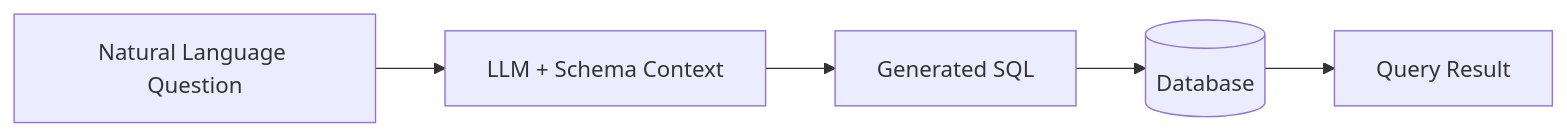
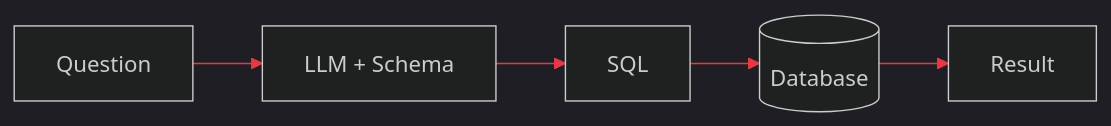
Before and after one commit to ruthcaroliine/ruthcaroliine: the second of 4 diagrams in README.md, drawn with Mermaid. The commit also changed other lines of this file, not shown here.

````diff
--- a/README.md
+++ b/README.md
@@ -45,7 +62,8 @@
 ```mermaid
+%%{init: {'theme':'dark', 'themeVariables': {'primaryColor':'#000000','primaryTextColor':'#ffffff','primaryBorderColor':'#E63946','lineColor':'#E63946','tertiaryColor':'#000000'}}}%%
 flowchart LR
-    A[Natural Language Question] --> B[LLM + Schema Context]
-    B --> C[Generated SQL]
+    A[Question] --> B[LLM + Schema]
+    B --> C[SQL]
     C --> D[(Database)]
-    D --> E[Query Result]
+    D --> E[Result]
 ```
````
